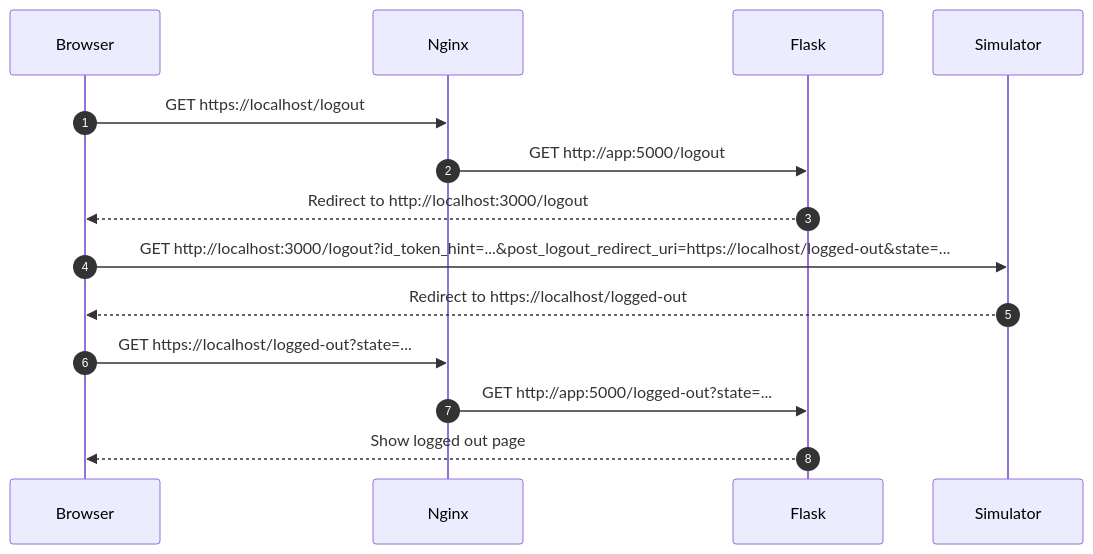
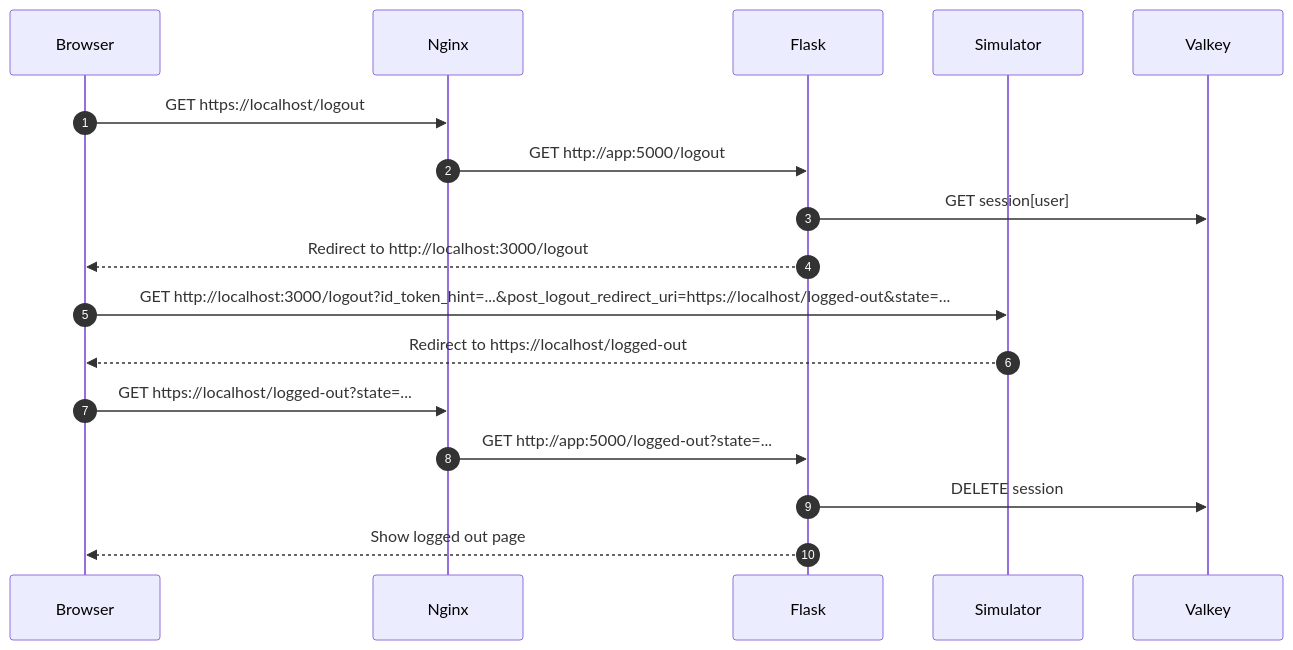
The fourth of 4 diagrams in README.md (LandRegistry/govuk-frontend-flask), drawn with Mermaid before and after one commit. The commit also changed other lines of this file, not shown here.

Commit message:
add valkey session storage to sequence diagrams

````diff
--- a/README.md
+++ b/README.md
@@ -252,17 +256,20 @@
 ```mermaid
 sequenceDiagram
     autonumber
     participant Browser
     participant Web as Nginx
     participant App as Flask
     participant Simulator
+    participant Cache as Valkey
 
     Browser->>Web: GET https://localhost/logout
     Web->>App: GET http://app:5000/logout
+    App->>Cache: GET session[user]
     App-->>Browser: Redirect to http://localhost:3000/logout
     Browser->>Simulator: GET http://localhost:3000/logout?id_token_hint=...&post_logout_redirect_uri=https://localhost/logged-out&state=...
     Simulator-->>Browser: Redirect to https://localhost/logged-out
     Browser->>Web: GET https://localhost/logged-out?state=...
     Web->>App: GET http://app:5000/logged-out?state=...
+    App->>Cache: DELETE session
     App-->>Browser: Show logged out page
 ```
````
